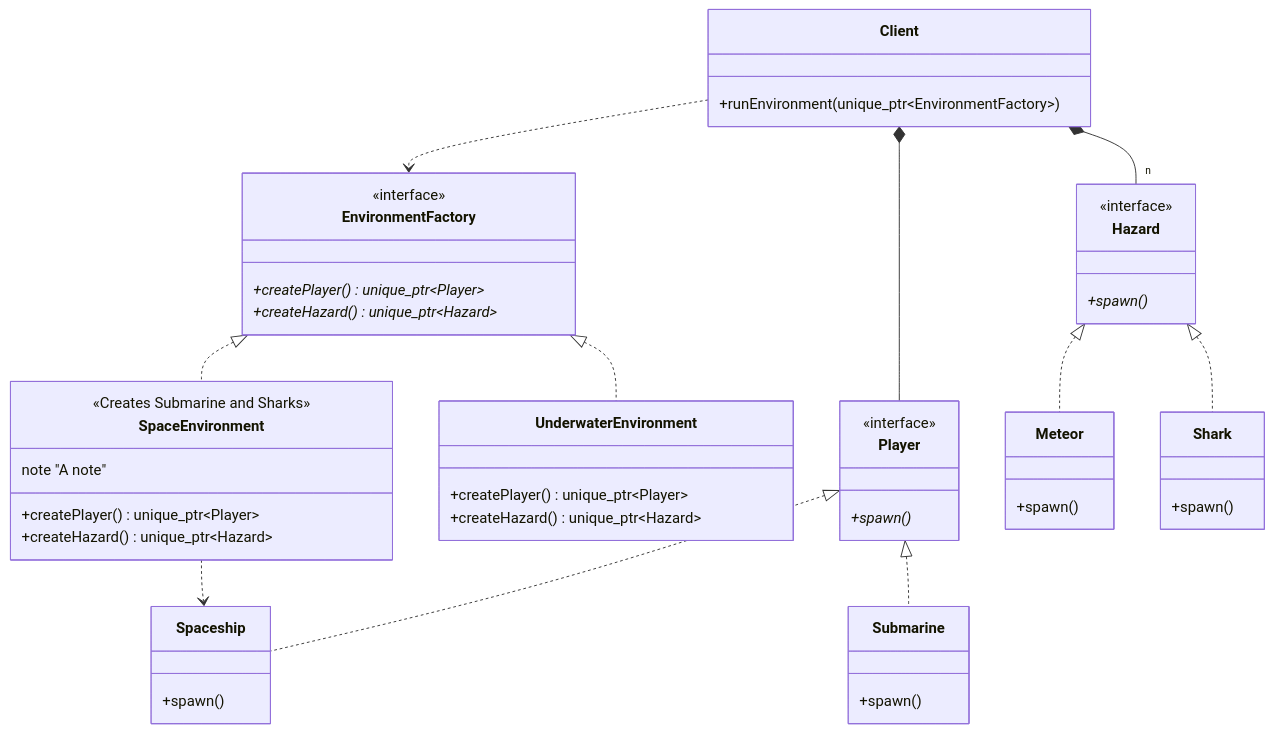
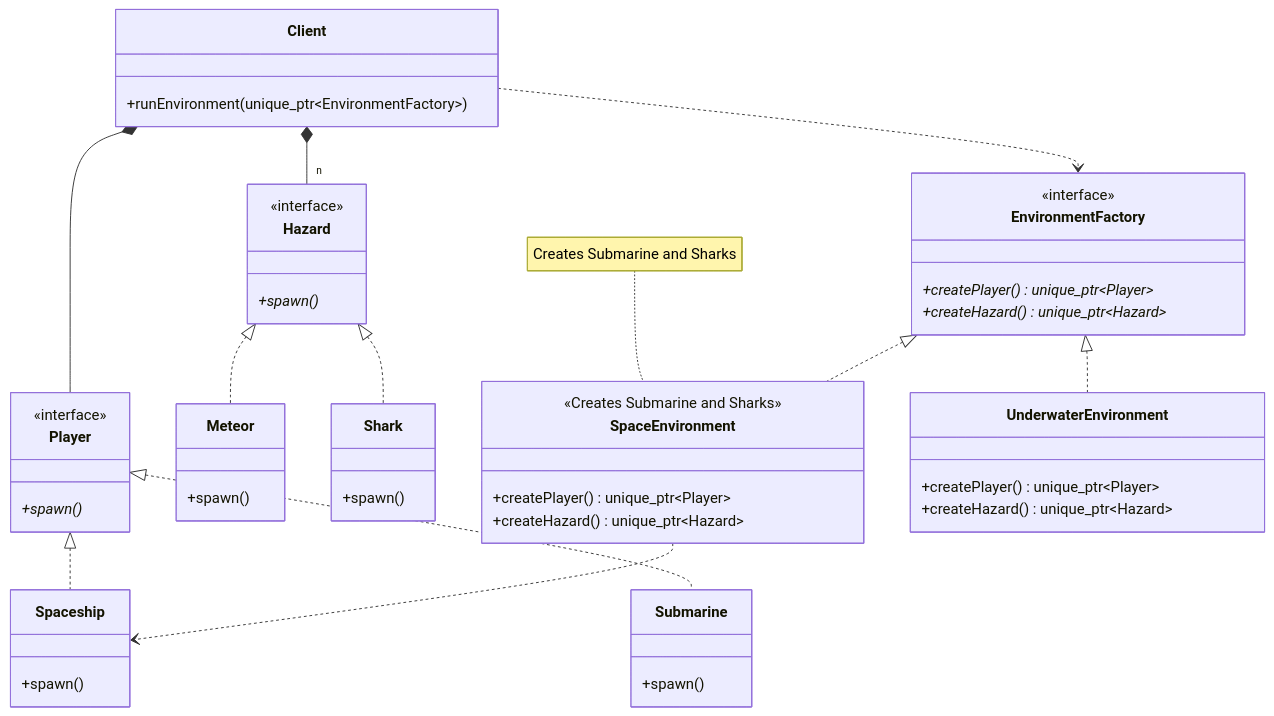
One commit to Cichlidfishexigency721/Modern-CPP-Design-Patterns changed the diagram in 03_AbstractFactoryMethod/README.md. Above: the diagram before and after it, drawn with Mermaid. The commit also changed 1 other file, not shown here.

Commit message:
UML improvement

````diff
--- a/03_AbstractFactoryMethod/README.md
+++ b/03_AbstractFactoryMethod/README.md
@@ -46,59 +46,59 @@
 ```mermaid
 classDiagram
     class Player {
         <<interface>>
         +spawn()*
     }
     class Hazard {
         <<interface>>
         +spawn()*
     }
 
     class Spaceship { +spawn() }
     class Meteor { +spawn() }
     class Submarine { +spawn() }
     class Shark { +spawn() }
 
     class EnvironmentFactory {
         <<interface>>
         +createPlayer()* unique_ptr~Player~
         +createHazard()* unique_ptr~Hazard~
     }
 
     class SpaceEnvironment {
         <<Creates Submarine and Sharks>>
-        note "A note"
         +createPlayer() unique_ptr~Player~
         +createHazard() unique_ptr~Hazard~
     }
+    note for SpaceEnvironment "Creates Submarine and Sharks"
 
     class UnderwaterEnvironment {
         +createPlayer() unique_ptr~Player~
         +createHazard() unique_ptr~Hazard~
     }
 
     class Client {
         +runEnvironment(unique_ptr~EnvironmentFactory~)
     }
 
     %% Inheritance Relationships
     Player <|.. Spaceship
     Player <|.. Submarine
     Hazard <|.. Meteor
     Hazard <|.. Shark
 
     EnvironmentFactory <|.. SpaceEnvironment
     EnvironmentFactory <|.. UnderwaterEnvironment
 
     %% Client interacting with abstractions
     Client ..> EnvironmentFactory
     Client *-- Player
     Client *-- "n" Hazard
 
     %% Creation Dependencies (The Families)
     SpaceEnvironment ..> Spaceship
     %%SpaceEnvironment ..> Meteor
     
     %%UnderwaterEnvironment ..> Submarine
     %%UnderwaterEnvironment ..> Shark
 ```
````
